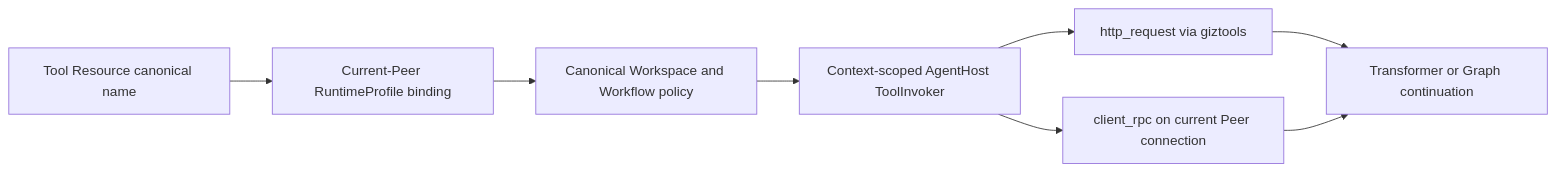
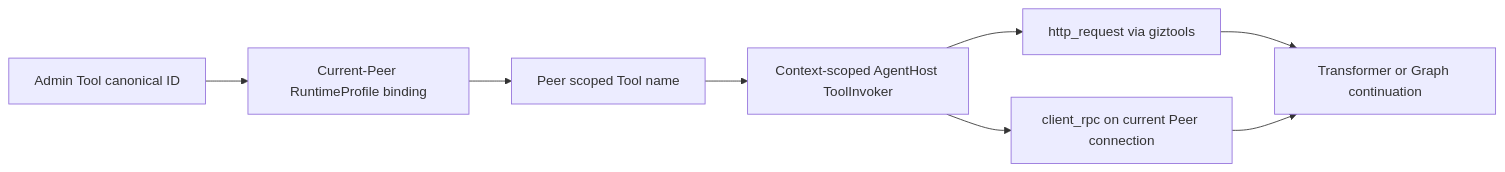
Before and after one commit to GizClaw/gizclaw: the diagram in guides/en/developing/gizclaw/services/runtime/toolkit.md, drawn with Mermaid. The commit also changed other lines of this file and 418 other files, not shown here.

First line of the commit message:
gizclaw: separate admin IDs from peer names

````diff
--- a/guides/en/developing/gizclaw/services/runtime/toolkit.md
+++ b/guides/en/developing/gizclaw/services/runtime/toolkit.md
@@ -48,10 +48,10 @@
 ```mermaid
 flowchart LR
-    Resource["Tool Resource canonical name"] --> Profile["Current-Peer RuntimeProfile binding"]
-    Profile --> Policy["Canonical Workspace and Workflow policy"]
+    Resource["Admin Tool canonical ID"] --> Profile["Current-Peer RuntimeProfile binding"]
+    Profile --> Policy["Peer scoped Tool name"]
     Policy --> Invoker["Context-scoped AgentHost ToolInvoker"]
     Invoker --> HTTP["http_request via giztools"]
     Invoker --> Client["client_rpc on current Peer connection"]
     HTTP --> Continue["Transformer or Graph continuation"]
     Client --> Continue
 ```
````
